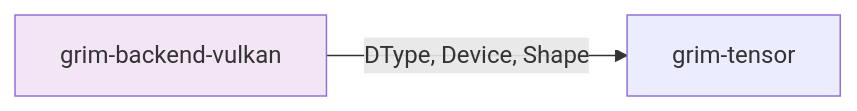
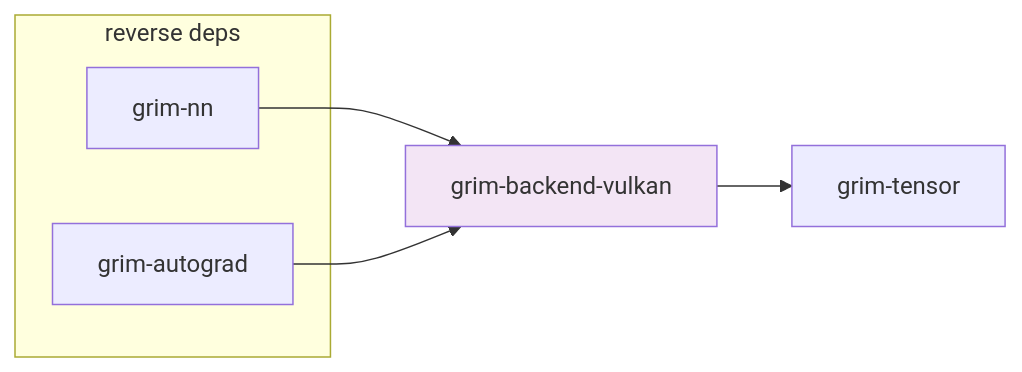
The diagram in crates/grim-backend-vulkan/README.md (sydonayrex/grim), drawn with Mermaid before and after one commit. The commit also changed other lines of this file and 55 other files, not shown here.

````diff
--- a/crates/grim-backend-vulkan/README.md
+++ b/crates/grim-backend-vulkan/README.md
@@ -20,6 +17,14 @@
 ```mermaid
 graph LR
-    A[grim-backend-vulkan] -->|DType, Device, Shape| B[grim-tensor]
-    
+    A[grim-backend-vulkan] --> B[grim-tensor]
+
+    subgraph "reverse deps"
+        C1[grim-nn]
+        C2[grim-autograd]
+    end
+
+    C1 --> A
+    C2 --> A
+
     style A fill:#f3e5f5
 ```
````
